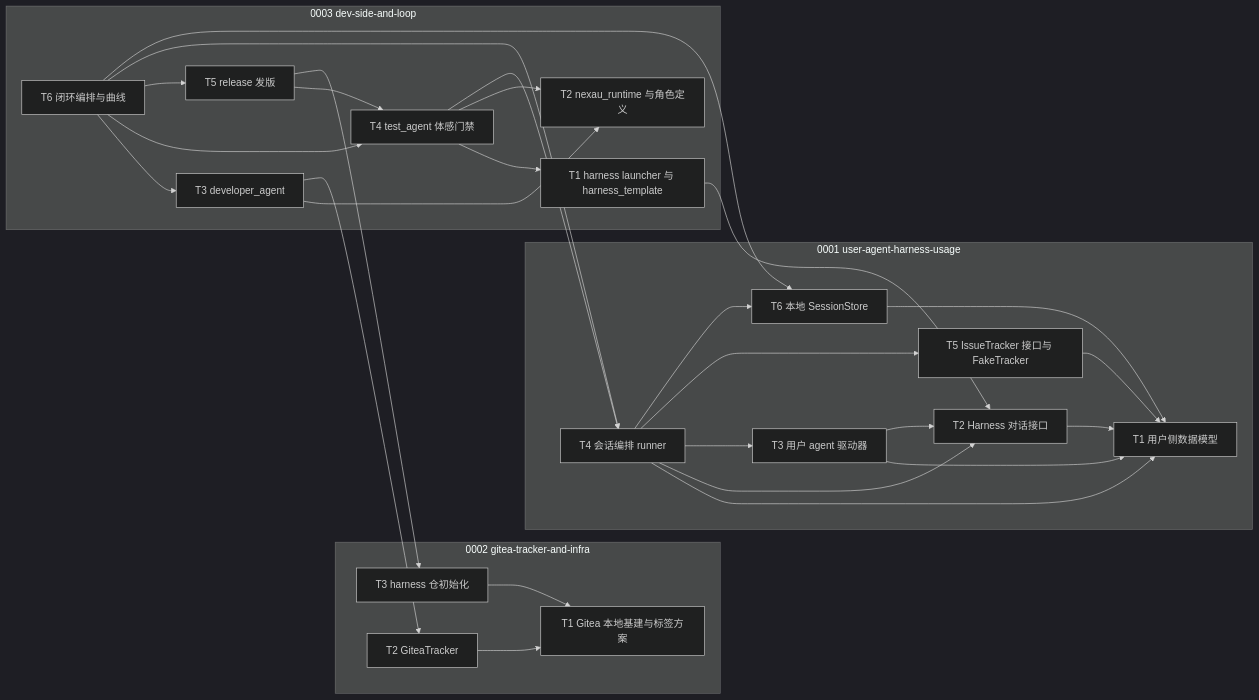
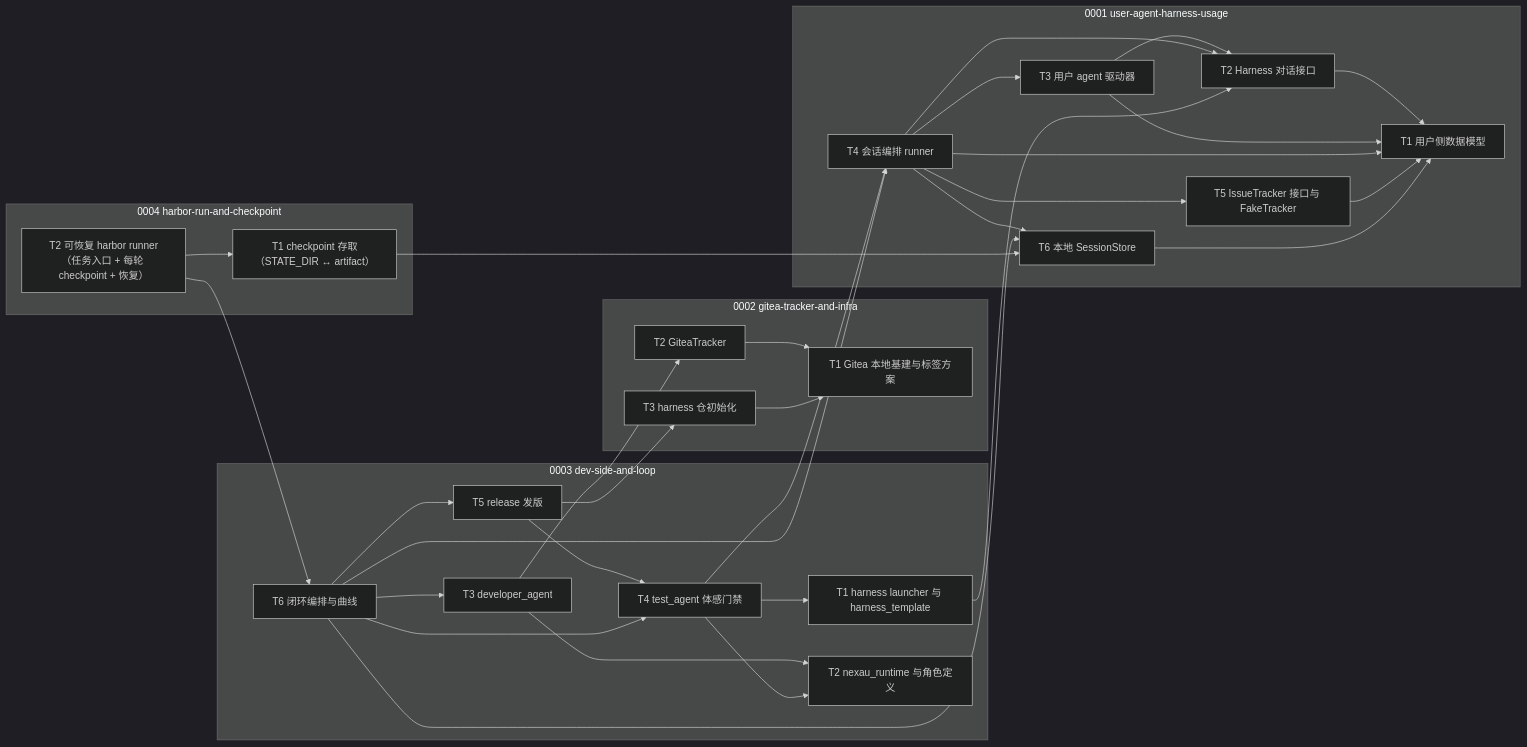
One commit to Curry09/AHE-Beta changed the first of 6 diagrams in docs/specs/OVERVIEW.md. Above: the diagram before and after it, drawn with Mermaid (dark theme). The commit also changed other lines of this file and 10 other files, not shown here.

First line of the commit message:
feat(spec): 新增 spec-0004 Harbor 运行与可恢复 checkpoint

````diff
--- a/docs/specs/OVERVIEW.md
+++ b/docs/specs/OVERVIEW.md
@@ -105,49 +119,56 @@
 ```mermaid
 graph LR
     subgraph G0001[0001 user-agent-harness-usage]
         n0001_T1["T1 用户侧数据模型"]
         n0001_T2["T2 Harness 对话接口"]
         n0001_T3["T3 用户 agent 驱动器"]
         n0001_T4["T4 会话编排 runner"]
         n0001_T5["T5 IssueTracker 接口与 FakeTracker"]
         n0001_T6["T6 本地 SessionStore"]
     end
     subgraph G0002[0002 gitea-tracker-and-infra]
         n0002_T1["T1 Gitea 本地基建与标签方案"]
         n0002_T2["T2 GiteaTracker"]
         n0002_T3["T3 harness 仓初始化"]
     end
     subgraph G0003[0003 dev-side-and-loop]
         n0003_T1["T1 harness launcher 与 harness_template"]
         n0003_T2["T2 nexau_runtime 与角色定义"]
         n0003_T3["T3 developer_agent"]
         n0003_T4["T4 test_agent 体感门禁"]
         n0003_T5["T5 release 发版"]
         n0003_T6["T6 闭环编排与曲线"]
+    end
+    subgraph G0004[0004 harbor-run-and-checkpoint]
+        n0004_T1["T1 checkpoint 存取（STATE_DIR ↔ artifact）"]
+        n0004_T2["T2 可恢复 harbor runner（任务入口 + 每轮 checkpoint + 恢复）"]
     end
     n0001_T2 --> n0001_T1
     n0001_T3 --> n0001_T1
     n0001_T3 --> n0001_T2
     n0001_T4 --> n0001_T1
     n0001_T4 --> n0001_T2
     n0001_T4 --> n0001_T3
     n0001_T4 --> n0001_T5
     n0001_T4 --> n0001_T6
     n0001_T5 --> n0001_T1
     n0001_T6 --> n0001_T1
     n0002_T2 --> n0002_T1
     n0002_T3 --> n0002_T1
     n0003_T1 --> n0001_T2
     n0003_T3 --> n0003_T2
     n0003_T3 --> n0002_T2
     n0003_T4 --> n0003_T1
     n0003_T4 --> n0003_T2
     n0003_T4 --> n0001_T4
     n0003_T5 --> n0003_T4
     n0003_T5 --> n0002_T3
     n0003_T6 --> n0003_T3
     n0003_T6 --> n0003_T4
     n0003_T6 --> n0003_T5
     n0003_T6 --> n0001_T4
     n0003_T6 --> n0001_T6
+    n0004_T1 --> n0001_T6
+    n0004_T2 --> n0004_T1
+    n0004_T2 --> n0003_T6
 ```
````
